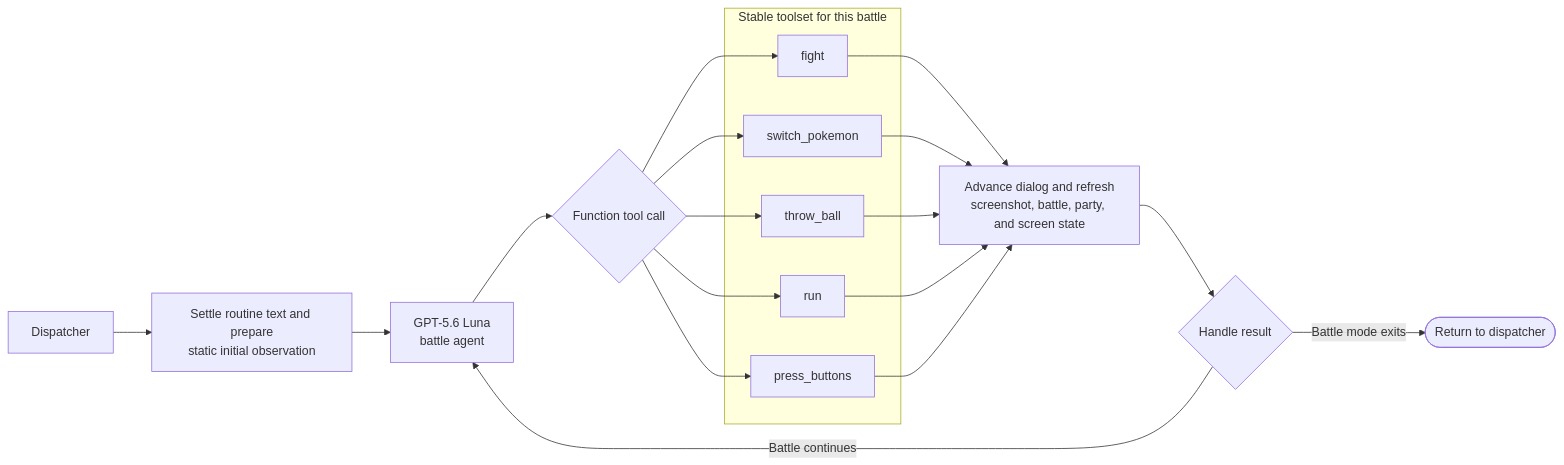
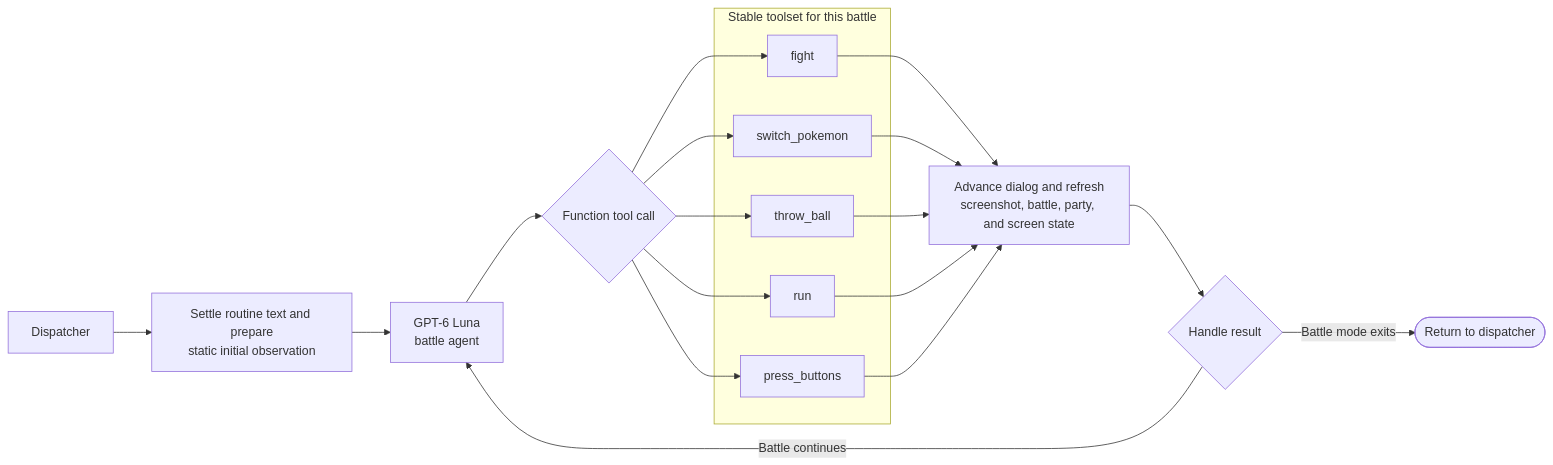
The third of 4 diagrams in docs/architecture.md (clambro/ai-plays-pokemon), drawn with Mermaid before and after one commit. The commit also changed other lines of this file and 5 other files, not shown here.

First line of the commit message:
Switch agent to GPT-6 Luna (#122)

````diff
--- a/docs/architecture.md
+++ b/docs/architecture.md
@@ -108,29 +108,29 @@
 ```mermaid
 flowchart LR
     dispatch["Dispatcher"] --> prepare["Settle routine text and prepare<br/>static initial observation"]
-    prepare --> agent["GPT-5.6 Luna<br/>battle agent"]
+    prepare --> agent["GPT-6 Luna<br/>battle agent"]
     agent --> choice{"Function tool call"}
 
     subgraph toolset["Stable toolset for this battle"]
         fight["fight"]
         switch["switch_pokemon"]
         ball["throw_ball"]
         run["run"]
         buttons["press_buttons"]
     end
 
     choice --> fight
     choice --> switch
     choice --> ball
     choice --> run
     choice --> buttons
 
     fight --> observe["Advance dialog and refresh<br/>screenshot, battle, party, and screen state"]
     switch --> observe
     ball --> observe
     run --> observe
     buttons --> observe
     observe --> handle{"Handle result"}
     handle -->|"Battle continues"| agent
     handle -->|"Battle mode exits"| finish(["Return to dispatcher"])
 ```
````
